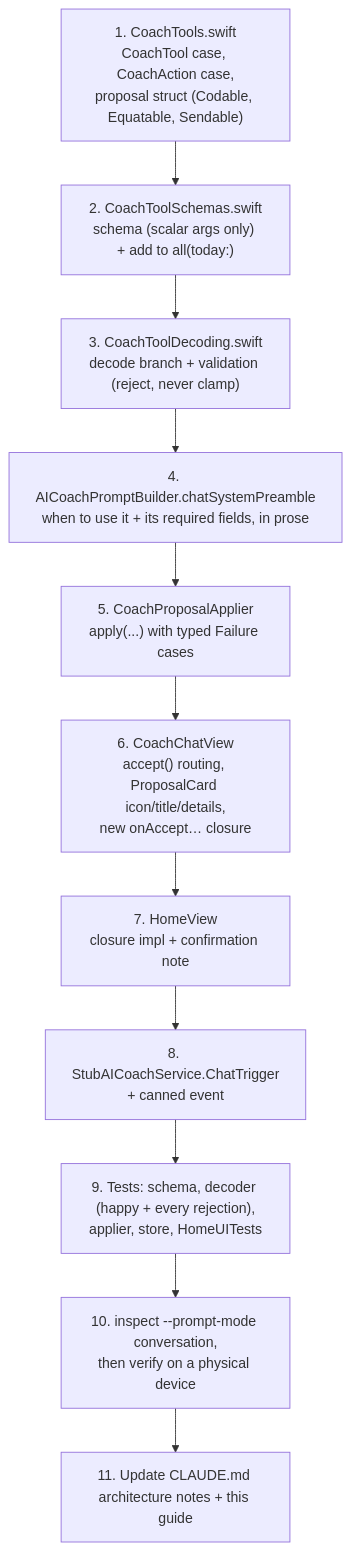
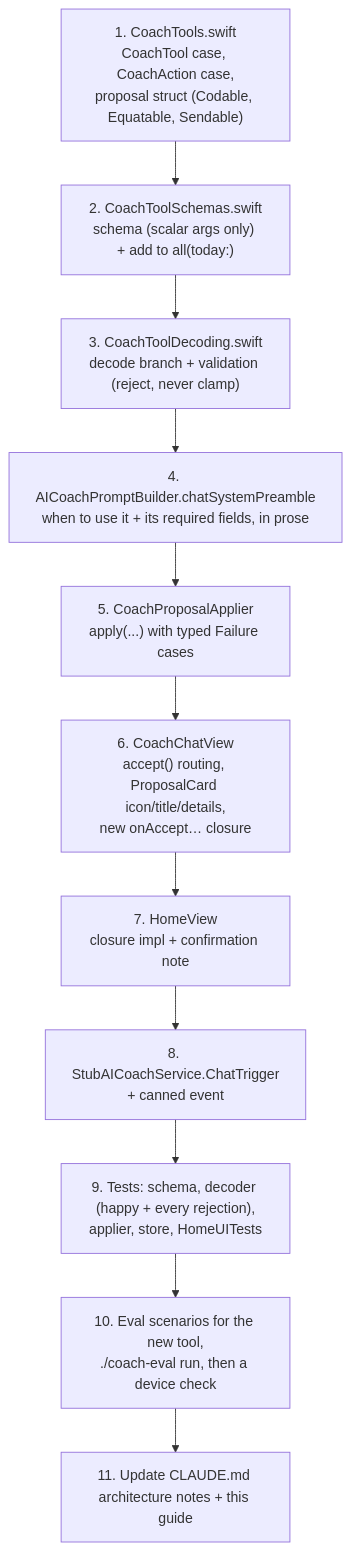
Before and after one commit to bradlet/hybrid-aithletics: the seventh of 7 diagrams in docs/AI_COACH.md, drawn with Mermaid. The commit also changed other lines of this file and 8 other files, not shown here.

````diff
--- a/docs/AI_COACH.md
+++ b/docs/AI_COACH.md
@@ -783,14 +799,14 @@
 ```mermaid
 flowchart TD
     A["1. CoachTools.swift<br/>CoachTool case, CoachAction case,<br/>proposal struct (Codable, Equatable, Sendable)"] --> B
     B["2. CoachToolSchemas.swift<br/>schema (scalar args only) + add to all(today:)"] --> C
     C["3. CoachToolDecoding.swift<br/>decode branch + validation (reject, never clamp)"] --> D
     D["4. AICoachPromptBuilder.chatSystemPreamble<br/>when to use it + its required fields, in prose"] --> E
     E["5. CoachProposalApplier<br/>apply(...) with typed Failure cases"] --> F
     F["6. CoachChatView<br/>accept() routing, ProposalCard icon/title/details,<br/>new onAccept… closure"] --> G
     G["7. HomeView<br/>closure impl + confirmation note"] --> H
     H["8. StubAICoachService.ChatTrigger<br/>+ canned event"] --> I
     I["9. Tests: schema, decoder (happy + every rejection),<br/>applier, store, HomeUITests"] --> J
-    J["10. inspect --prompt-mode conversation,<br/>then verify on a physical device"] --> K
+    J["10. Eval scenarios for the new tool,<br/>./coach-eval run, then a device check"] --> K
     K["11. Update CLAUDE.md architecture notes + this guide"]
 ```
````
